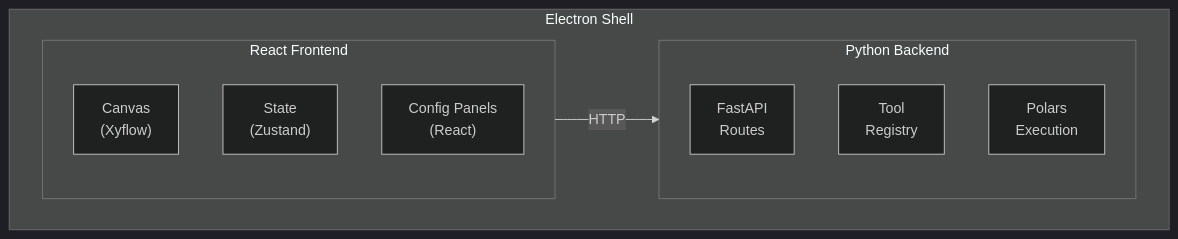
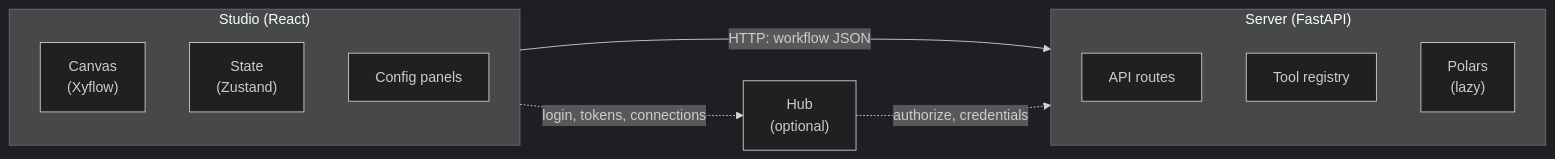
The diagram in docs/docs/developer/architecture/overview.md (Sigilweaver/Loom), drawn with Mermaid (dark theme) before and after one commit. The commit also changed other lines of this file and 5 other files, not shown here.

First line of the commit message:
docs(developer): correct architecture pages to match the code

````diff
--- a/docs/docs/developer/architecture/overview.md
+++ b/docs/docs/developer/architecture/overview.md
@@ -11,18 +12,20 @@
 ```mermaid
-flowchart TB
-    subgraph Electron["Electron Shell"]
-        subgraph Frontend["React Frontend"]
-            Canvas["Canvas<br/>(Xyflow)"]
-            State["State<br/>(Zustand)"]
-            Config["Config Panels<br/>(React)"]
-        end
-        
-        Frontend -->|HTTP| Backend
-        
-        subgraph Backend["Python Backend"]
-            FastAPI["FastAPI<br/>Routes"]
-            Registry["Tool<br/>Registry"]
-            Polars["Polars<br/>Execution"]
-        end
+flowchart LR
+    subgraph Client["Studio (React)"]
+        Canvas["Canvas<br/>(Xyflow)"]
+        State["State<br/>(Zustand)"]
+        Config["Config panels"]
     end
+
+    subgraph Engine["Server (FastAPI)"]
+        Routes["API routes"]
+        Registry["Tool registry"]
+        Polars["Polars<br/>(lazy)"]
+    end
+
+    Hub["Hub<br/>(optional)"]
+
+    Client -->|"HTTP: workflow JSON"| Engine
+    Client -.->|"login, tokens, connections"| Hub
+    Hub -.->|"authorize, credentials"| Engine
 ```
````
